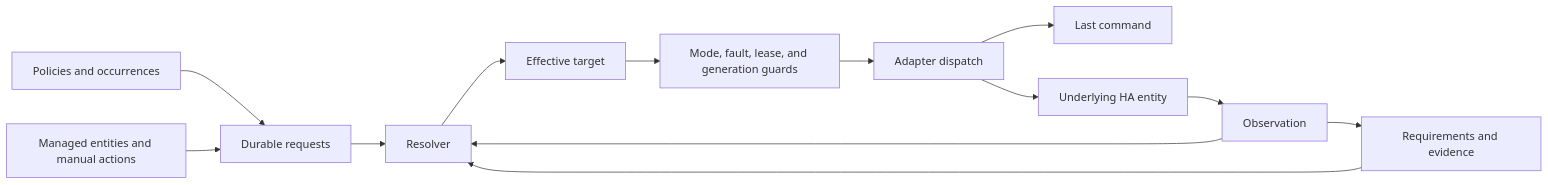
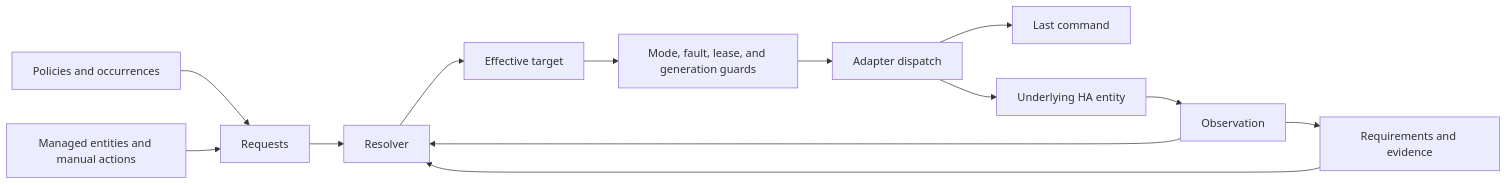
Before and after one commit to mikz/ha-operator: the diagram in docs/architecture.md, drawn with Mermaid. The commit also changed other lines of this file and 102 other files, not shown here.

````diff
--- a/docs/architecture.md
+++ b/docs/architecture.md
@@ -22,15 +26,15 @@
 ```mermaid
 flowchart LR
-  P[Policies and occurrences] --> D[Durable requests]
+  P[Policies and occurrences] --> D[Requests]
   M[Managed entities and manual actions] --> D
   D --> R[Resolver]
   Q[Requirements and evidence] --> R
   R --> E[Effective target]
   E --> G[Mode, fault, lease, and generation guards]
   G --> A[Adapter dispatch]
   A --> C[Last command]
   A --> H[Underlying HA entity]
   H --> O[Observation]
   O --> R
   O --> Q
 ```
````
